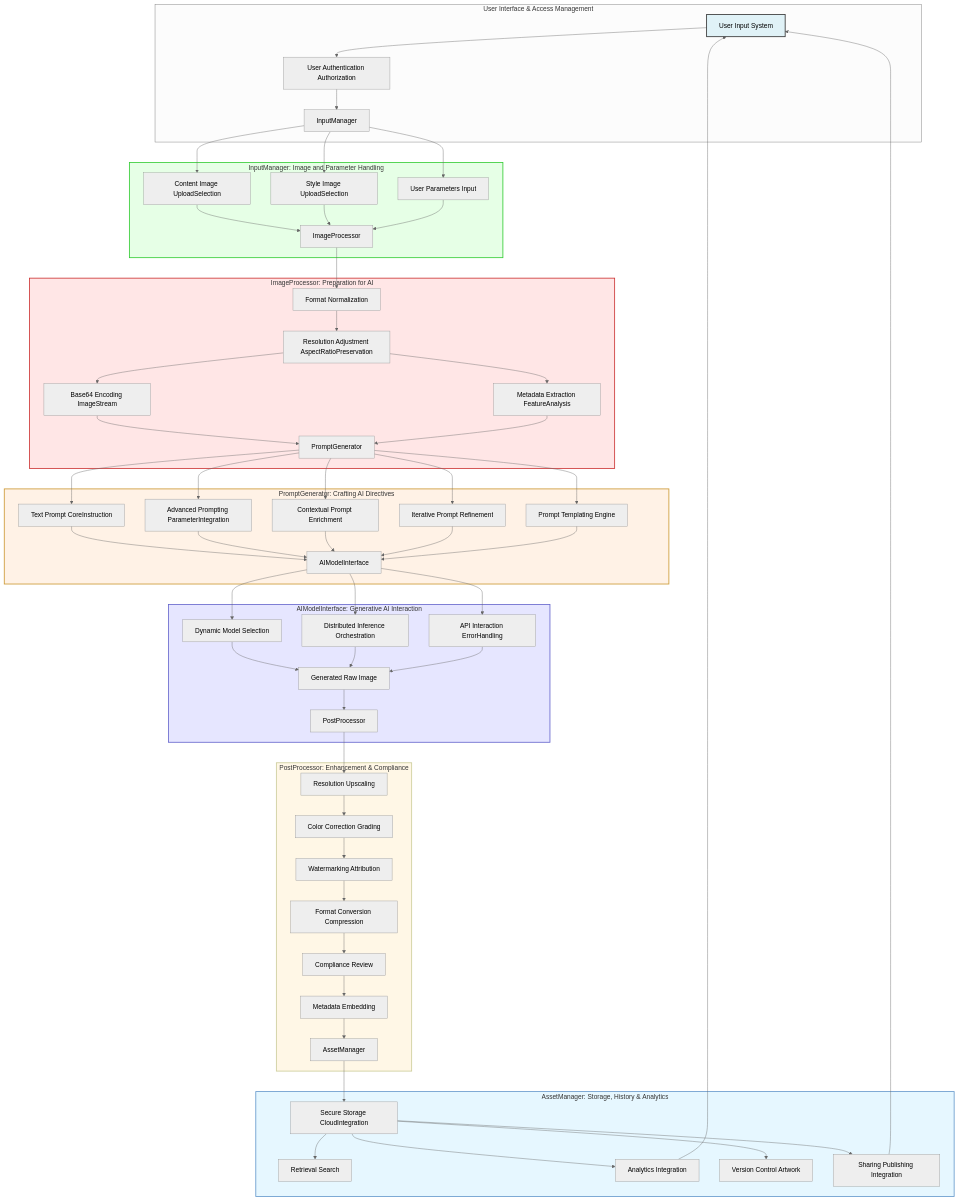
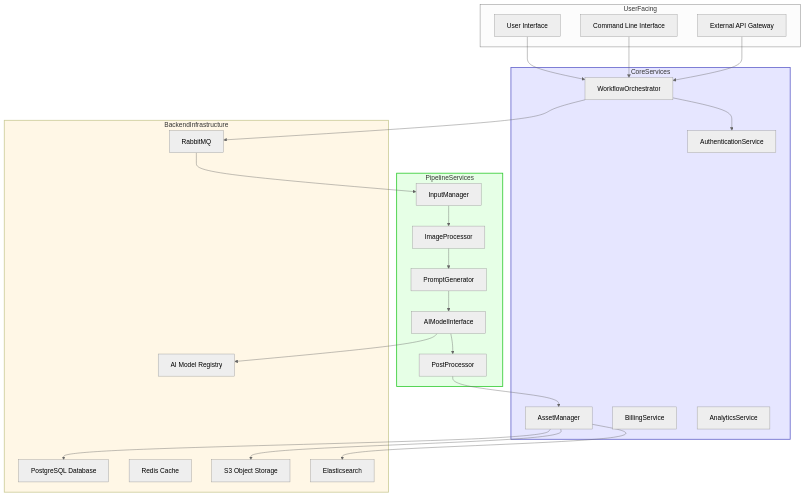
One commit to diplomat-bit/Citibank_Demo_Business_Inc_Demonstration- changed the first of 10 diagrams in inventions/084_generative_art_style_transfer.md. Above: the diagram before and after it, drawn with Mermaid (neutral theme). The commit also changed other lines of this file, not shown here.

Commit message:
[AI] Edit: inventions/084_generative_art_style_transfer.md

````diff
--- a/inventions/084_generative_art_style_transfer.md
+++ b/inventions/084_generative_art_style_transfer.md
@@ -92,76 +104,47 @@
 ```mermaid
 graph TD
-    subgraph UserInteraction ["User Interface & Access Management"]
-        UIA[User Input System] --> UAA[User Authentication Authorization]
-        UAA --> INPMAN[InputManager]
+    subgraph UserFacing
+        UI[User Interface]
+        CLI[Command Line Interface]
+        API[External API Gateway]
     end
 
-    subgraph InputAcquisitionModule ["InputManager: Image and Parameter Handling"]
-        INPMAN[InputManager] --> CI[Content Image UploadSelection]
-        INPMAN --> SI[Style Image UploadSelection]
-        INPMAN --> UP[User Parameters Input]
-        CI --> IPM[ImageProcessor]
-        SI --> IPM
-        UP --> IPM
+    subgraph CoreServices
+        Orchestrator[WorkflowOrchestrator]
+        AuthSvc[AuthenticationService]
+        AssetMgr[AssetManager]
+        BillingSvc[BillingService]
+        AnalyticsSvc[AnalyticsService]
     end
 
-    subgraph ImagePreProcessingModule ["ImageProcessor: Preparation for AI"]
-        IPM[ImageProcessor] --> FN[Format Normalization]
-        FN --> RA[Resolution Adjustment AspectRatioPreservation]
-        RA --> BE[Base64 Encoding ImageStream]
-        RA --> MEA[Metadata Extraction FeatureAnalysis]
-        BE --> PGM[PromptGenerator]
-        MEA --> PGM
+    subgraph PipelineServices
+        InputMgr[InputManager]
+        ImgProc[ImageProcessor]
+        PromptGen[PromptGenerator]
+        AIInterface[AIModelInterface]
+        PostProc[PostProcessor]
     end
 
-    subgraph PromptConstructionModule ["PromptGenerator: Crafting AI Directives"]
-        PGM[PromptGenerator] --> TP[Text Prompt CoreInstruction]
-        PGM --> API[Advanced Prompting ParameterIntegration]
-        PGM --> CPE[Contextual Prompt Enrichment]
-        PGM --> IPR[Iterative Prompt Refinement]
-        PGM --> PTE[Prompt Templating Engine]
-        TP --> AIMI[AIModelInterface]
-        API --> AIMI
-        CPE --> AIMI
-        IPR --> AIMI
-        PTE --> AIMI
+    subgraph BackendInfrastructure
+        DB[PostgreSQL Database]
+        Cache[Redis Cache]
+        Queue[RabbitMQ]
+        Storage[S3 Object Storage]
+        Search[Elasticsearch]
+        ModelRegistry[AI Model Registry]
     end
 
-    subgraph AIGenerationModule ["AIModelInterface: Generative AI Interaction"]
-        AIMI[AIModelInterface] --> DMS[Dynamic Model Selection]
-        AIMI --> DIO[Distributed Inference Orchestration]
-        AIMI --> APIERR[API Interaction ErrorHandling]
-        DMS --> RAWIMG[Generated Raw Image]
-        DIO --> RAWIMG
-        APIERR --> RAWIMG
-        RAWIMG --> PPM[PostProcessor]
-    end
+    UI & CLI & API --> Orchestrator
+    Orchestrator --> AuthSvc
+    Orchestrator --> Queue
+    Queue --> InputMgr --> ImgProc --> PromptGen --> AIInterface --> PostProc
+    PostProc --> AssetMgr
+    AssetMgr --> Storage
+    AssetMgr --> DB
+    AssetMgr --> Search
+    AIInterface --> ModelRegistry
 
-    subgraph OutputPostProcessingModule ["PostProcessor: Enhancement & Compliance"]
-        PPM[PostProcessor] --> RU[Resolution Upscaling]
-        RU --> CCG[Color Correction Grading]
-        CCG --> WA[Watermarking Attribution]
-        WA --> FC[Format Conversion Compression]
-        FC --> CR[Compliance Review]
-        CR --> ME[Metadata Embedding]
-        ME --> AM[AssetManager]
-    end
-
-    subgraph OutputAndStorageModule ["AssetManager: Storage, History & Analytics"]
-        AM[AssetManager] --> SS[Secure Storage CloudIntegration]
-        SS --> RS[Retrieval Search]
-        SS --> AI[Analytics Integration]
-        SS --> VC[Version Control Artwork]
-        SS --> SPI[Sharing Publishing Integration]
-        SPI --> UIA
-        AI --> UIA
-    end
-
-    style UIA fill:#e0f2f7,stroke:#333,stroke-width:2px;
-    style InputAcquisitionModule fill:#e6ffe6,stroke:#3c3,stroke-width:2px;
-    style ImagePreProcessingModule fill:#ffe6e6,stroke:#c33,stroke-width:2px;
-    style PromptConstructionModule fill:#fff2e6,stroke:#c93,stroke-width:2px;
-    style AIGenerationModule fill:#e6e6ff,stroke:#66c,stroke-width:2px;
-    style OutputPostProcessingModule fill:#fff7e6,stroke:#cc9,stroke-width:2px;
-    style OutputAndStorageModule fill:#e6f7ff,stroke:#69c,stroke-width:2px;
+    style CoreServices fill:#e6e6ff,stroke:#66c,stroke-width:2px;
+    style PipelineServices fill:#e6ffe6,stroke:#3c3,stroke-width:2px;
+    style BackendInfrastructure fill:#fff7e6,stroke:#cc9,stroke-width:2px;
 ```
````
